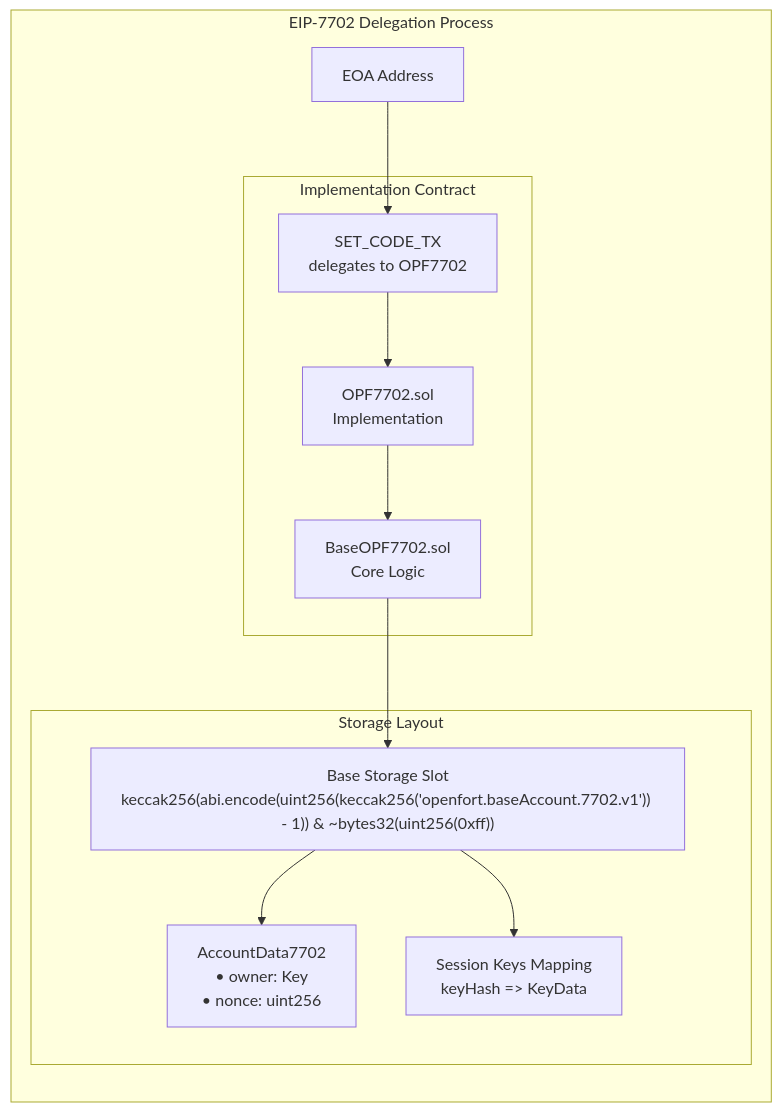
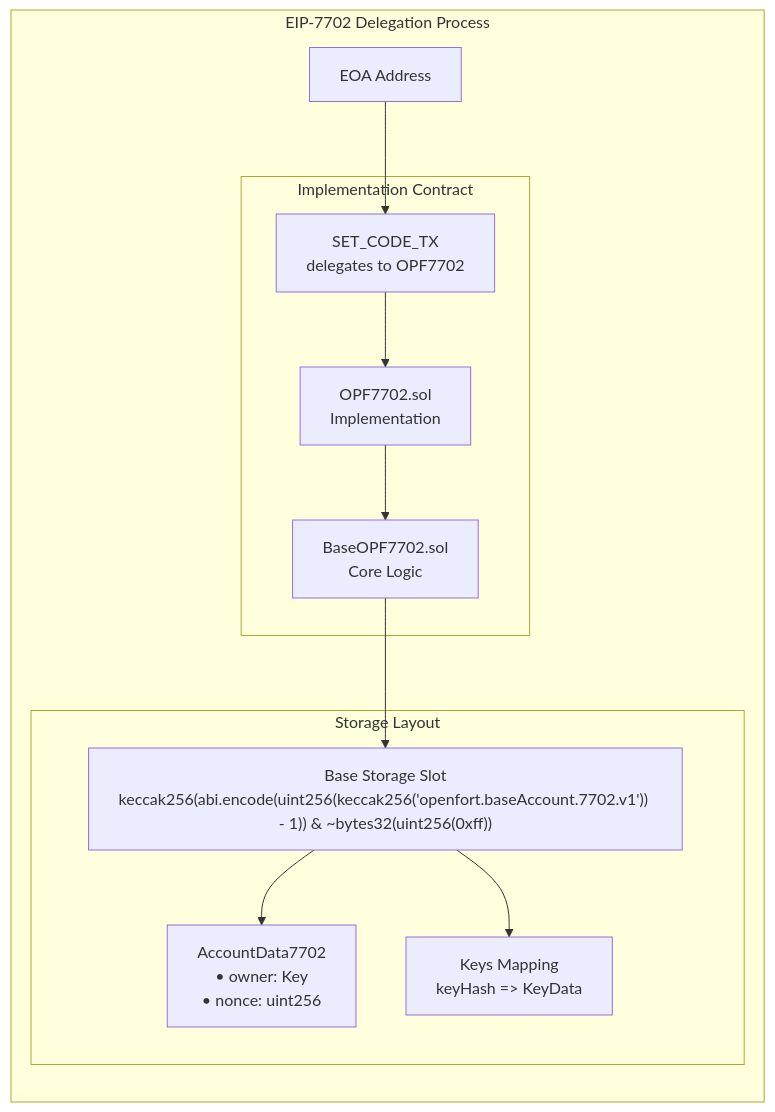
One commit to openfort-xyz/openfort-7702-account changed the first of 4 diagrams in docs/AA.md. Above: the diagram before and after it, drawn with Mermaid. The commit also changed other lines of this file, not shown here.

````diff
--- a/docs/AA.md
+++ b/docs/AA.md
@@ -20,26 +20,26 @@
 ```mermaid
 flowchart LR
     subgraph "EIP-7702 Delegation Process"
         EOA["EOA Address"]
         
         subgraph "Implementation Contract"
             SetCode["SET_CODE_TX<br/>delegates to OPF7702"]
             OPF7702["OPF7702.sol<br/>Implementation"]
             BaseOPF["BaseOPF7702.sol<br/>Core Logic"]
         end
         
         subgraph "Storage Layout"
             BaseSlot["Base Storage Slot<br/>keccak256(abi.encode(uint256(keccak256('openfort.baseAccount.7702.v1')) - 1)) & ~bytes32(uint256(0xff))"]
             AccountData["AccountData7702<br/>• owner: Key<br/>• nonce: uint256"]
-            SessionKeys["Session Keys Mapping<br/>keyHash => KeyData"]
+            SessionKeys["Keys Mapping<br/>keyHash => KeyData"]
         end
     end
 
     %% Flow connections
     EOA --> SetCode
     SetCode --> OPF7702
     OPF7702 --> BaseOPF
     BaseOPF --> BaseSlot
     BaseSlot --> AccountData
     BaseSlot --> SessionKeys
 ```
````
